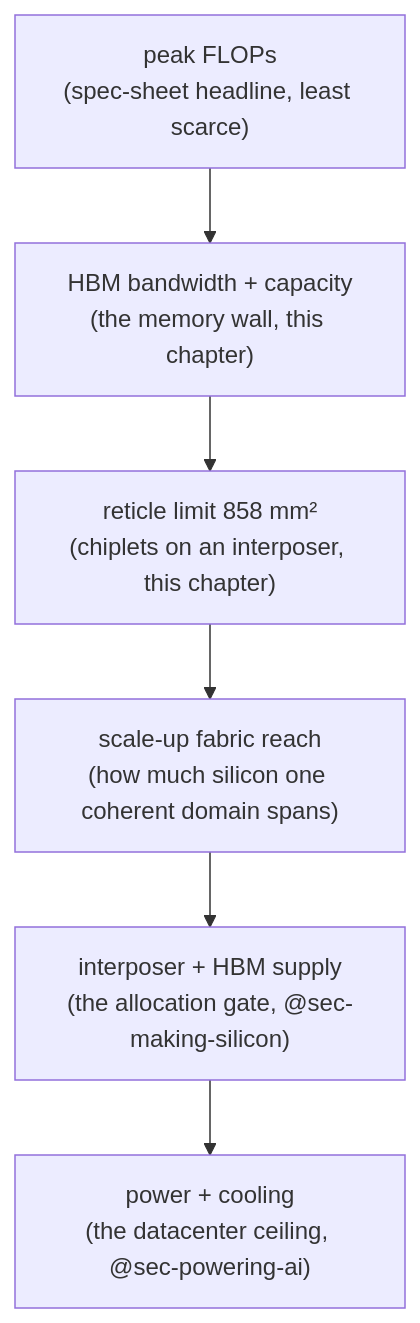
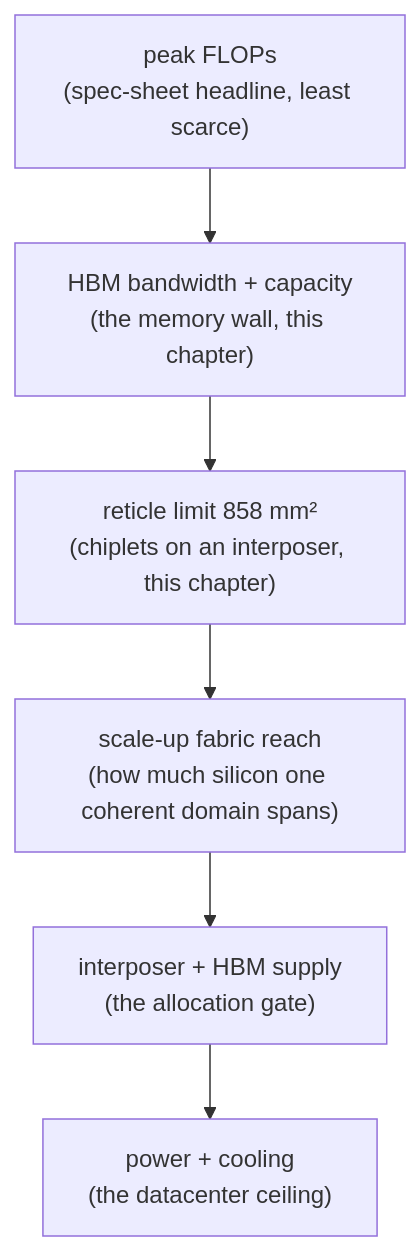
One commit to latere-ai/ai-as-an-infrastructure changed the first of 4 diagrams in zh/p11-frontiers/45-the-compute-frontier.qmd. Above: the diagram before and after it, drawn with Mermaid. The commit also changed 13 other files, not shown here.

First line of the commit message:
reader: resolve @sec/@fig cross-refs in figure captions and Further-reading glosses

````diff
--- a/zh/p11-frontiers/45-the-compute-frontier.qmd
+++ b/zh/p11-frontiers/45-the-compute-frontier.qmd
@@ -13,12 +13,12 @@
 ```{mermaid}
 %%| label: fig-compute-frontier-walls
 %%| fig-cap: "把前沿看作一摞天花板，每一道在不同层级生效。规格表头条的峰值 FLOPs 在最底层、最不稀缺；字节、封装面积、互连可达范围与兆瓦在它之上生效。本部分后面的每一章各自负责其中一道天花板。"
 flowchart TB
   flops["peak FLOPs<br/>(spec-sheet headline, least scarce)"]
   hbm["HBM bandwidth + capacity<br/>(the memory wall, this chapter)"]
   retic["reticle limit 858 mm²<br/>(chiplets on an interposer, this chapter)"]
   fabric["scale-up fabric reach<br/>(how much silicon one coherent domain spans)"]
-  supply["interposer + HBM supply<br/>(the allocation gate, @sec-making-silicon)"]
-  power["power + cooling<br/>(the datacenter ceiling, @sec-powering-ai)"]
+  supply["interposer + HBM supply<br/>(the allocation gate)"]
+  power["power + cooling<br/>(the datacenter ceiling)"]
   flops --> hbm --> retic --> fabric --> supply --> power
 ```
````
